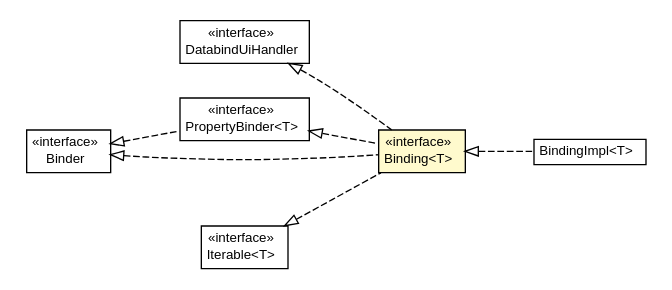
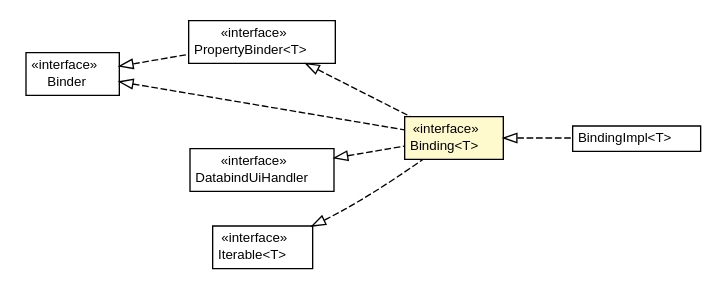
The diagram in javadoc/apidocs/org/turbogwt/mvp/databind/client/Binding.dot (growbit/turbogwt-databind), drawn with Graphviz before and after one commit. The commit also changed 144 other files, not shown here.

```diff
--- a/javadoc/apidocs/org/turbogwt/mvp/databind/client/Binding.dot
+++ b/javadoc/apidocs/org/turbogwt/mvp/databind/client/Binding.dot
@@ -1,66 +1,66 @@
 #!/usr/local/bin/dot
 #
 # Class diagram 
 # Generated by UMLGraph version R5_6-24-gf6e263 (http://www.umlgraph.org/)
 #
 
 digraph G {
-	edge [fontname="arial",fontsize=10,labelfontname="arial",labelfontsize=10];
-	node [fontname="arial",fontsize=10,shape=plaintext];
+	edge [fontname="Helvetica",fontsize=10,labelfontname="Helvetica",labelfontsize=10];
+	node [fontname="Helvetica",fontsize=10,shape=plaintext];
 	nodesep=0.25;
 	ranksep=0.5;
 	rankdir=LR;
+	// org.turbogwt.mvp.databind.client.Binder
+	c236 [label=<<table title="org.turbogwt.mvp.databind.client.Binder" border="0" cellborder="1" cellspacing="0" cellpadding="2" port="p" href="./Binder.html">
+		<tr><td><table border="0" cellspacing="0" cellpadding="1">
+<tr><td align="center" balign="center"> &#171;interface&#187; </td></tr>
+<tr><td align="center" balign="center"> Binder </td></tr>
+		</table></td></tr>
+		</table>>, URL="./Binder.html", fontname="Helvetica", fontcolor="black", fontsize=10.0];
 	// org.turbogwt.mvp.databind.client.PropertyBinder<T>
-	c229 [label=<<table title="org.turbogwt.mvp.databind.client.PropertyBinder" border="0" cellborder="1" cellspacing="0" cellpadding="2" port="p" href="./PropertyBinder.html">
+	c237 [label=<<table title="org.turbogwt.mvp.databind.client.PropertyBinder" border="0" cellborder="1" cellspacing="0" cellpadding="2" port="p" href="./PropertyBinder.html">
 		<tr><td><table border="0" cellspacing="0" cellpadding="1">
 <tr><td align="center" balign="center"> &#171;interface&#187; </td></tr>
 <tr><td align="center" balign="center"> PropertyBinder&lt;T&gt; </td></tr>
 		</table></td></tr>
-		</table>>, URL="./PropertyBinder.html", fontname="arial", fontcolor="black", fontsize=10.0];
+		</table>>, URL="./PropertyBinder.html", fontname="Helvetica", fontcolor="black", fontsize=10.0];
+	// org.turbogwt.mvp.databind.client.Binding<T>
+	c238 [label=<<table title="org.turbogwt.mvp.databind.client.Binding" border="0" cellborder="1" cellspacing="0" cellpadding="2" port="p" bgcolor="lemonChiffon" href="./Binding.html">
+		<tr><td><table border="0" cellspacing="0" cellpadding="1">
+<tr><td align="center" balign="center"> &#171;interface&#187; </td></tr>
+<tr><td align="center" balign="center"> Binding&lt;T&gt; </td></tr>
+		</table></td></tr>
+		</table>>, URL="./Binding.html", fontname="Helvetica", fontcolor="black", fontsize=10.0];
+	// org.turbogwt.mvp.databind.client.BindingImpl<T>
+	c239 [label=<<table title="org.turbogwt.mvp.databind.client.BindingImpl" border="0" cellborder="1" cellspacing="0" cellpadding="2" port="p" href="./BindingImpl.html">
+		<tr><td><table border="0" cellspacing="0" cellpadding="1">
+<tr><td align="center" balign="center"> BindingImpl&lt;T&gt; </td></tr>
+		</table></td></tr>
+		</table>>, URL="./BindingImpl.html", fontname="Helvetica", fontcolor="black", fontsize=10.0];
 	// org.turbogwt.mvp.databind.client.DatabindUiHandler
-	c237 [label=<<table title="org.turbogwt.mvp.databind.client.DatabindUiHandler" border="0" cellborder="1" cellspacing="0" cellpadding="2" port="p" href="./DatabindUiHandler.html">
+	c241 [label=<<table title="org.turbogwt.mvp.databind.client.DatabindUiHandler" border="0" cellborder="1" cellspacing="0" cellpadding="2" port="p" href="./DatabindUiHandler.html">
 		<tr><td><table border="0" cellspacing="0" cellpadding="1">
 <tr><td align="center" balign="center"> &#171;interface&#187; </td></tr>
 <tr><td align="center" balign="center"> DatabindUiHandler </td></tr>
 		</table></td></tr>
-		</table>>, URL="./DatabindUiHandler.html", fontname="arial", fontcolor="black", fontsize=10.0];
-	// org.turbogwt.mvp.databind.client.BindingImpl<T>
-	c238 [label=<<table title="org.turbogwt.mvp.databind.client.BindingImpl" border="0" cellborder="1" cellspacing="0" cellpadding="2" port="p" href="./BindingImpl.html">
-		<tr><td><table border="0" cellspacing="0" cellpadding="1">
-<tr><td align="center" balign="center"> BindingImpl&lt;T&gt; </td></tr>
-		</table></td></tr>
-		</table>>, URL="./BindingImpl.html", fontname="arial", fontcolor="black", fontsize=10.0];
-	// org.turbogwt.mvp.databind.client.Binding<T>
-	c239 [label=<<table title="org.turbogwt.mvp.databind.client.Binding" border="0" cellborder="1" cellspacing="0" cellpadding="2" port="p" bgcolor="lemonChiffon" href="./Binding.html">
-		<tr><td><table border="0" cellspacing="0" cellpadding="1">
-<tr><td align="center" balign="center"> &#171;interface&#187; </td></tr>
-<tr><td align="center" balign="center"> Binding&lt;T&gt; </td></tr>
-		</table></td></tr>
-		</table>>, URL="./Binding.html", fontname="arial", fontcolor="black", fontsize=10.0];
-	// org.turbogwt.mvp.databind.client.Binder
-	c241 [label=<<table title="org.turbogwt.mvp.databind.client.Binder" border="0" cellborder="1" cellspacing="0" cellpadding="2" port="p" href="./Binder.html">
-		<tr><td><table border="0" cellspacing="0" cellpadding="1">
-<tr><td align="center" balign="center"> &#171;interface&#187; </td></tr>
-<tr><td align="center" balign="center"> Binder </td></tr>
-		</table></td></tr>
-		</table>>, URL="./Binder.html", fontname="arial", fontcolor="black", fontsize=10.0];
+		</table>>, URL="./DatabindUiHandler.html", fontname="Helvetica", fontcolor="black", fontsize=10.0];
 	//org.turbogwt.mvp.databind.client.PropertyBinder<T> implements org.turbogwt.mvp.databind.client.Binder
-	c241:p -> c229:p [dir=back,arrowtail=empty,style=dashed];
+	c236:p -> c237:p [dir=back,arrowtail=empty,style=dashed];
+	//org.turbogwt.mvp.databind.client.Binding<T> implements org.turbogwt.mvp.databind.client.PropertyBinder<T>
+	c237:p -> c238:p [dir=back,arrowtail=empty,style=dashed];
+	//org.turbogwt.mvp.databind.client.Binding<T> implements org.turbogwt.mvp.databind.client.DatabindUiHandler
+	c241:p -> c238:p [dir=back,arrowtail=empty,style=dashed];
+	//org.turbogwt.mvp.databind.client.Binding<T> implements java.lang.Iterable<T>
+	c258:p -> c238:p [dir=back,arrowtail=empty,style=dashed];
+	//org.turbogwt.mvp.databind.client.Binding<T> implements org.turbogwt.mvp.databind.client.Binder
+	c236:p -> c238:p [dir=back,arrowtail=empty,style=dashed];
 	//org.turbogwt.mvp.databind.client.BindingImpl<T> implements org.turbogwt.mvp.databind.client.Binding<T>
-	c239:p -> c238:p [dir=back,arrowtail=empty,style=dashed];
-	//org.turbogwt.mvp.databind.client.Binding<T> implements org.turbogwt.mvp.databind.client.PropertyBinder<T>
-	c229:p -> c239:p [dir=back,arrowtail=empty,style=dashed];
-	//org.turbogwt.mvp.databind.client.Binding<T> implements org.turbogwt.mvp.databind.client.DatabindUiHandler
-	c237:p -> c239:p [dir=back,arrowtail=empty,style=dashed];
-	//org.turbogwt.mvp.databind.client.Binding<T> implements java.lang.Iterable<T>
-	c258:p -> c239:p [dir=back,arrowtail=empty,style=dashed];
-	//org.turbogwt.mvp.databind.client.Binding<T> implements org.turbogwt.mvp.databind.client.Binder
-	c241:p -> c239:p [dir=back,arrowtail=empty,style=dashed];
+	c238:p -> c239:p [dir=back,arrowtail=empty,style=dashed];
 	// java.lang.Iterable<T>
 	c258 [label=<<table title="java.lang.Iterable" border="0" cellborder="1" cellspacing="0" cellpadding="2" port="p" href="http://download.oracle.com/javase/7/docs/api/java/lang/Iterable.html">
 		<tr><td><table border="0" cellspacing="0" cellpadding="1">
 <tr><td align="center" balign="center"> &#171;interface&#187; </td></tr>
 <tr><td align="center" balign="center"> Iterable&lt;T&gt; </td></tr>
 		</table></td></tr>
-		</table>>, URL="http://download.oracle.com/javase/7/docs/api/java/lang/Iterable.html", fontname="arial", fontcolor="black", fontsize=10.0];
+		</table>>, URL="http://download.oracle.com/javase/7/docs/api/java/lang/Iterable.html", fontname="Helvetica", fontcolor="black", fontsize=10.0];
 }
```
